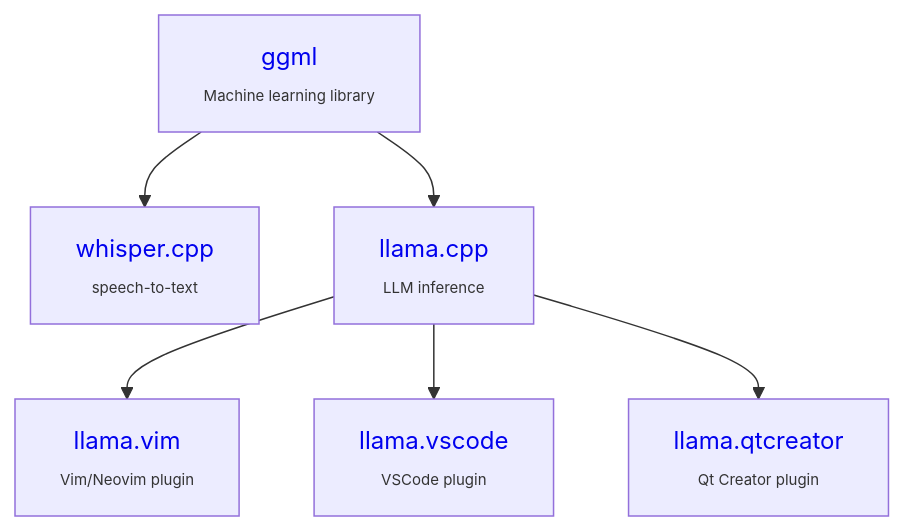
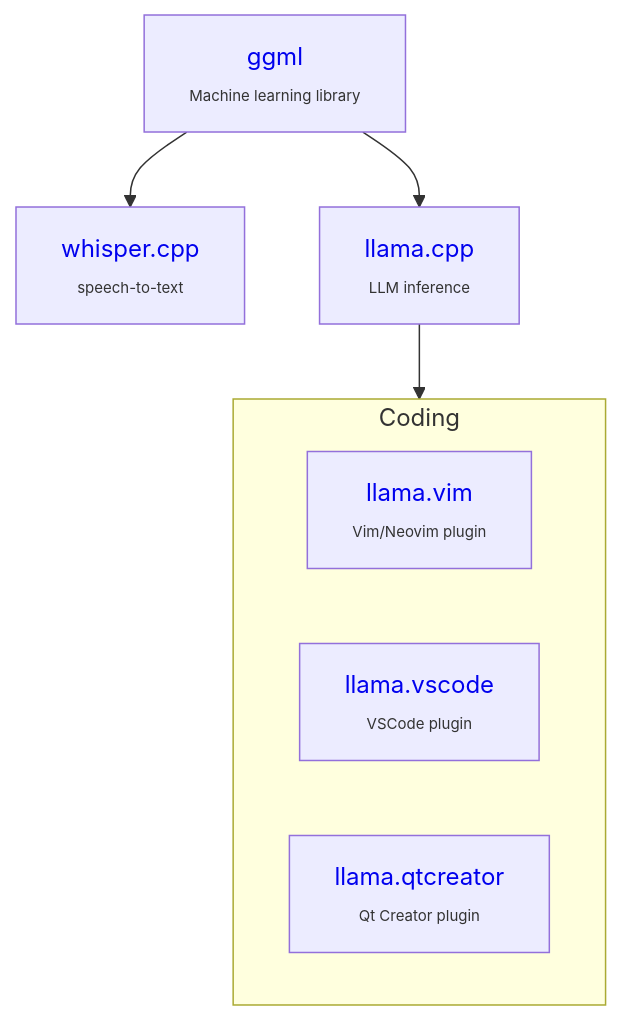
Before and after one commit to ggml-org/.github: the diagram in profile/README.md, drawn with Mermaid.

Commit message:
graph : update

````diff
--- a/profile/README.md
+++ b/profile/README.md
@@ -1,15 +1,17 @@
 ```mermaid
 graph TD;
 ggml --> whisper.cpp
 ggml --> llama.cpp
-llama.cpp --> llama.vim
-llama.cpp --> llama.vscode
-llama.cpp --> llama.qtcreator
-
+llama.cpp --> coding
+subgraph coding[Coding]
+    llama.vim
+    llama.vscode
+    llama.qtcreator
+end
 ggml[<a href="https://github.com/ggml-org/ggml"                 style="text-decoration:none;">ggml</a>          <br><span style="font-size:10px;">Machine learning library</span>];
 whisper.cpp[<a href="https://github.com/ggml-org/whisper.cpp"   style="text-decoration:none;">whisper.cpp</a>   <br><span style="font-size:10px;">speech-to-text</span>];
 llama.cpp[<a href="https://github.com/ggml-org/llama.cpp"       style="text-decoration:none;">llama.cpp</a>     <br><span style="font-size:10px;">LLM inference</span>];
 llama.vim[<a href="https://github.com/ggml-org/llama.vim"       style="text-decoration:none;">llama.vim</a>     <br><span style="font-size:10px;">Vim/Neovim plugin</span>];
 llama.vscode[<a href="https://github.com/ggml-org/llama.vscode" style="text-decoration:none;">llama.vscode</a>  <br><span style="font-size:10px;">VSCode plugin</span>];
 llama.qtcreator[<a href="https://github.com/ggml-org/llama.qtcreator" style="text-decoration:none;">llama.qtcreator</a>  <br><span style="font-size:10px;">Qt Creator plugin</span>];
 ```
````
